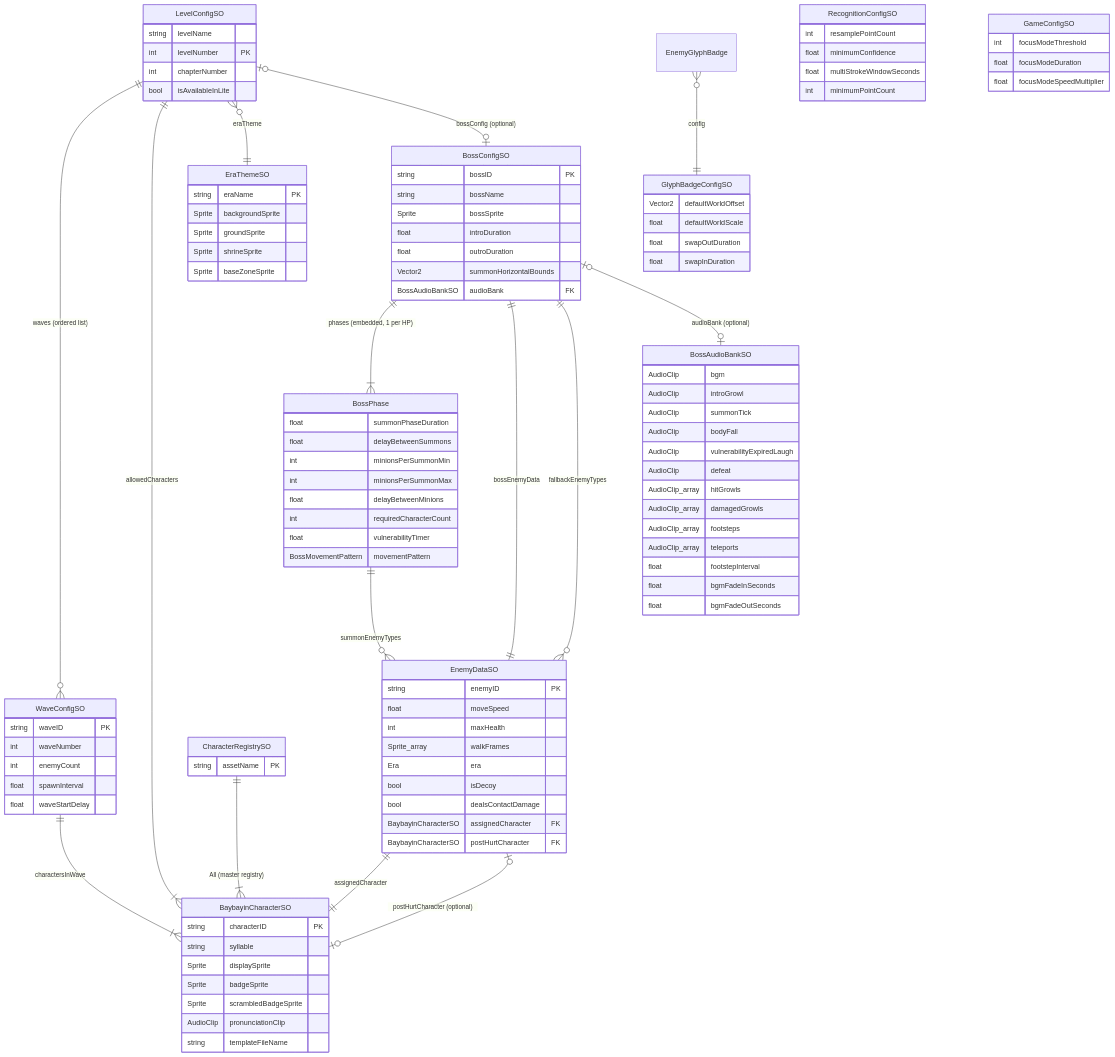
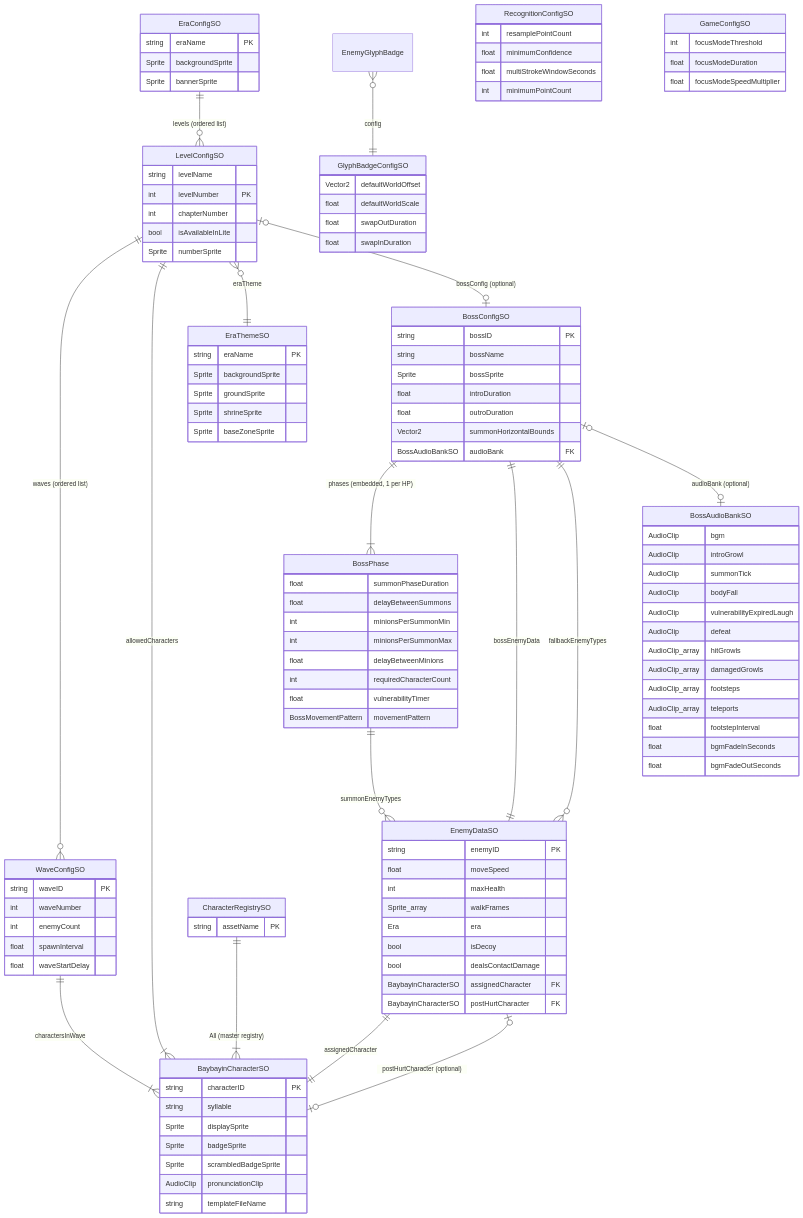
The first of 5 diagrams in docs/capstone/SystemDiagrams.md (chdean-09/salinlahi), drawn with Mermaid before and after one commit. The commit also changed 2 other files, not shown here.

Commit message:
docs: SALIN-100 document EraConfigSO and level select era refactor

```diff
--- a/docs/capstone/SystemDiagrams.md
+++ b/docs/capstone/SystemDiagrams.md
@@ -30,6 +30,7 @@
     LevelConfigSO ||--|{ BaybayinCharacterSO : "allowedCharacters"
     LevelConfigSO }o--|| EraThemeSO : "eraTheme"
     LevelConfigSO |o--o| BossConfigSO : "bossConfig (optional)"
+    EraConfigSO ||--o{ LevelConfigSO : "levels (ordered list)"
 
     WaveConfigSO ||--|{ BaybayinCharacterSO : "charactersInWave"
 
@@ -89,6 +90,7 @@
         int levelNumber PK
         int chapterNumber
         bool isAvailableInLite
+        Sprite numberSprite
     }
 
     BossConfigSO {
@@ -136,6 +138,12 @@
         Sprite baseZoneSprite
     }
 
+    EraConfigSO {
+        string eraName PK
+        Sprite backgroundSprite
+        Sprite bannerSprite
+    }
+
     RecognitionConfigSO {
         int resamplePointCount
         float minimumConfidence
```
